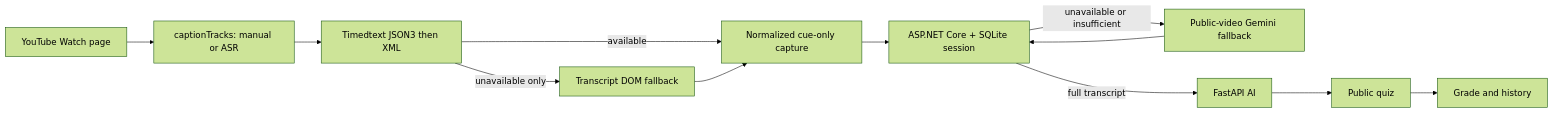
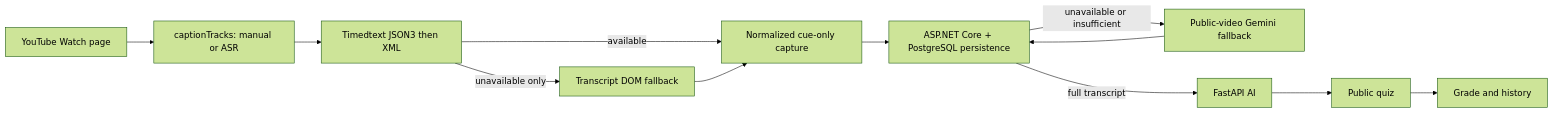
The diagram in docs/architecture/README.md (tungnguyen1208/StudylensAI), drawn with Mermaid (forest theme) before and after one commit. The commit also changed 25 other files, not shown here.

````diff
--- a/docs/architecture/README.md
+++ b/docs/architecture/README.md
@@ -7,14 +7,14 @@
 ```mermaid
 flowchart LR
   Y[YouTube Watch page] --> T[captionTracks: manual or ASR]
   T --> D[Timedtext JSON3 then XML]
   D -->|unavailable only| R[Transcript DOM fallback]
   D -->|available| E[Normalized cue-only capture]
   R --> E
-  E --> B[ASP.NET Core + SQLite session]
+  E --> B[ASP.NET Core + PostgreSQL persistence]
   B -->|unavailable or insufficient| F[Public-video Gemini fallback]
   F --> B
   B -->|full transcript| A[FastAPI AI]
   A --> Q[Public quiz]
   Q --> H[Grade and history]
 ```
````
